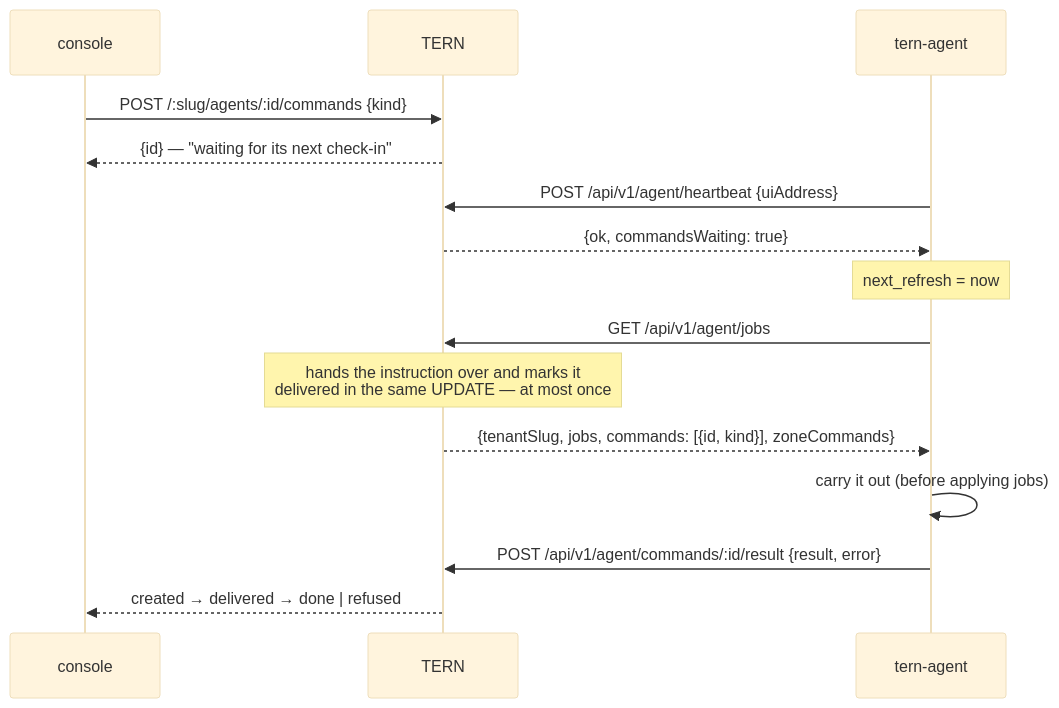
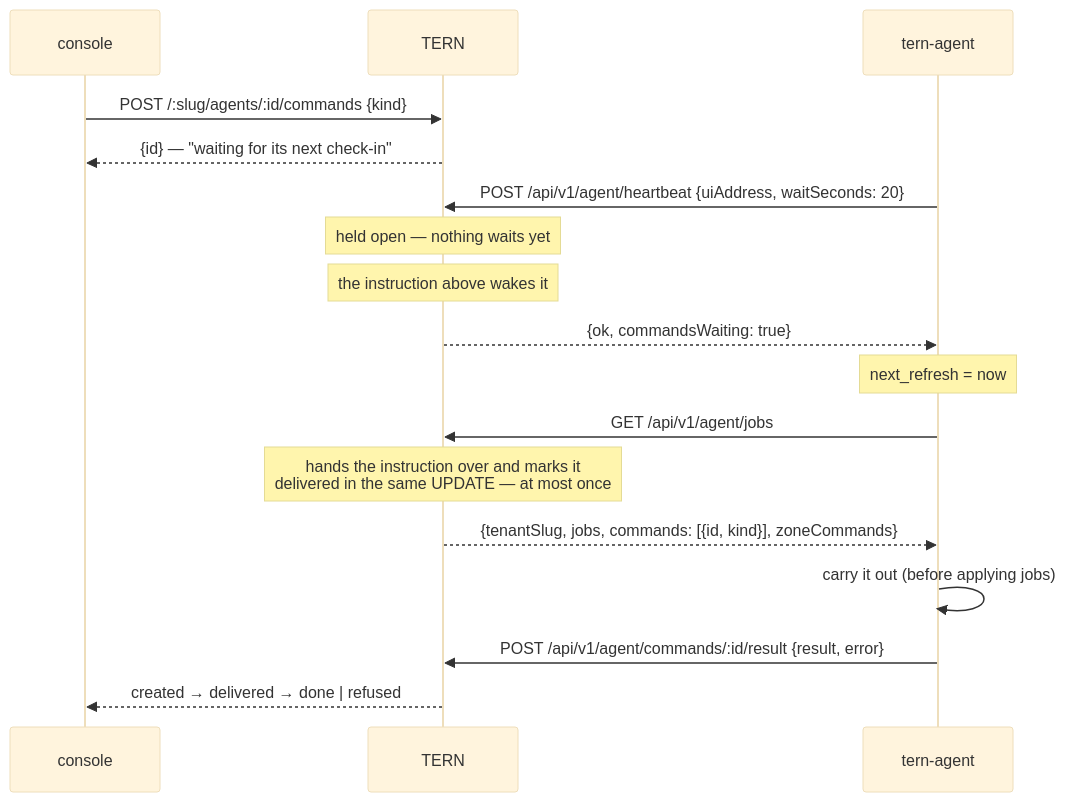
Before and after one commit to lelabnet-creator/ternproject: the fourth of 5 diagrams in docs/protocol.md, drawn with Mermaid (base theme). The commit also changed other lines of this file, not shown here.

````diff
--- a/docs/protocol.md
+++ b/docs/protocol.md
@@ -123,18 +125,20 @@
 ```mermaid
 sequenceDiagram
     participant C as console
     participant S as TERN
     participant A as tern-agent
 
     C->>S: POST /:slug/agents/:id/commands {kind}
     S-->>C: {id} — "waiting for its next check-in"
-    A->>S: POST /api/v1/agent/heartbeat {uiAddress}
+    A->>S: POST /api/v1/agent/heartbeat {uiAddress, waitSeconds: 20}
+    Note over S: held open — nothing waits yet
+    Note over S: the instruction above wakes it
     S-->>A: {ok, commandsWaiting: true}
     Note over A: next_refresh = now
     A->>S: GET /api/v1/agent/jobs
     Note over S: hands the instruction over and marks it<br/>delivered in the same UPDATE — at most once
     S-->>A: {tenantSlug, jobs, commands: [{id, kind}], zoneCommands}
     A->>A: carry it out (before applying jobs)
     A->>S: POST /api/v1/agent/commands/:id/result {result, error}
     S-->>C: created → delivered → done | refused
 ```
````
